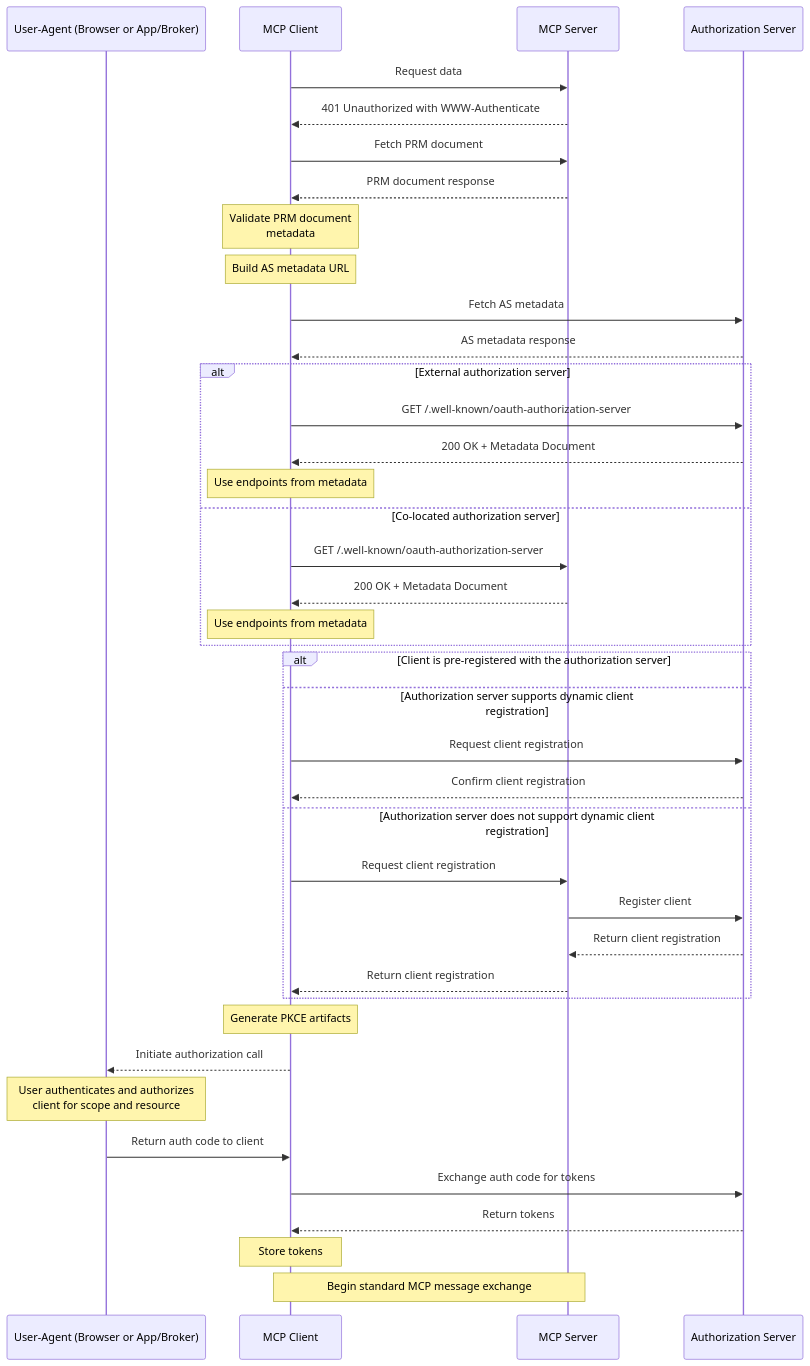
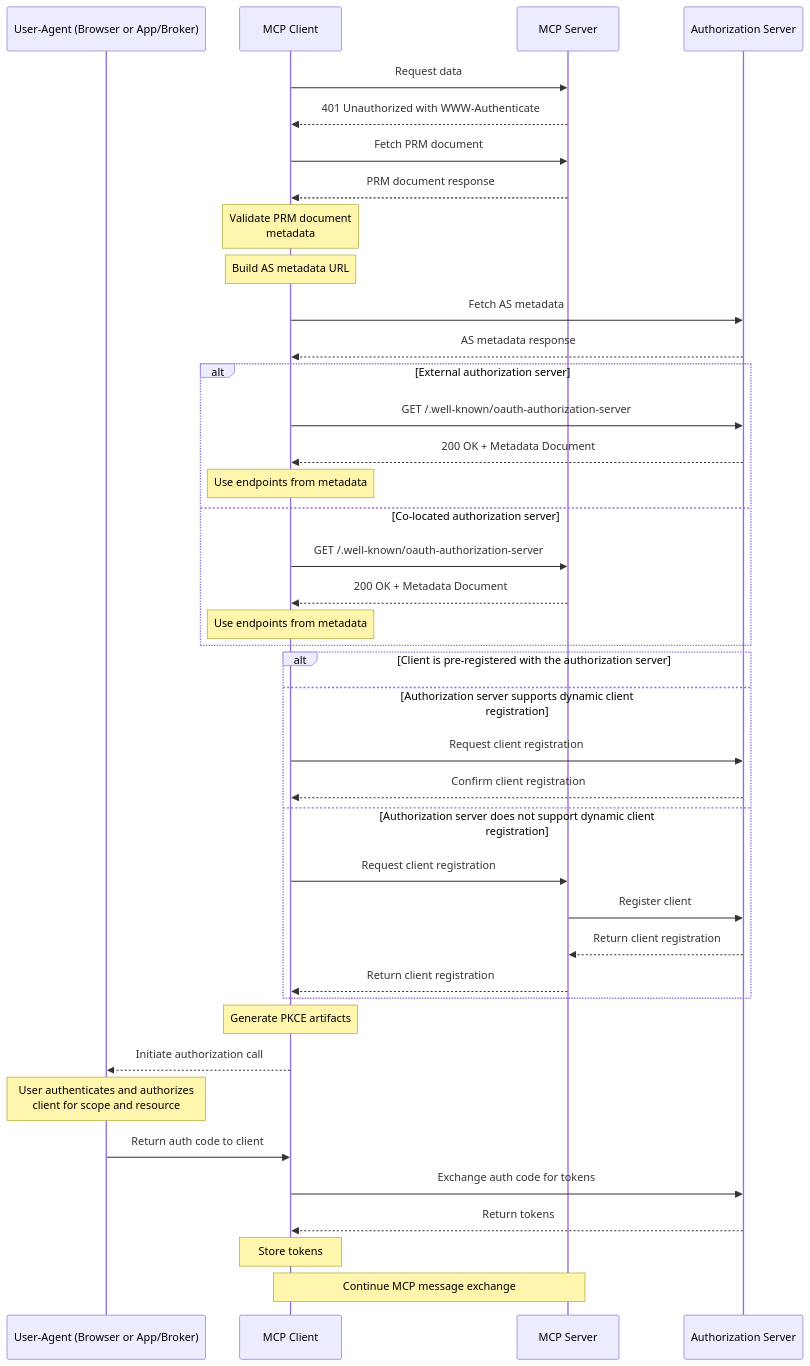
Before and after one commit to modelcontextprotocol/specification: the third of 4 diagrams in docs/specification/2025-03-26/basic/authorization.mdx, drawn with Mermaid.

````diff
--- a/docs/specification/2025-03-26/basic/authorization.mdx
+++ b/docs/specification/2025-03-26/basic/authorization.mdx
@@ -366,47 +366,47 @@
 ```mermaid
 sequenceDiagram
     participant UA as User-Agent (Browser or App/Broker)
     participant MC as MCP Client
     participant MS as MCP Server
     participant AS as Authorization Server
 
     MC->>MS: Request data
     MS-->>MC: 401 Unauthorized with WWW-Authenticate
 
     MC->>MS: Fetch PRM document
     MS-->>MC: PRM document response
     Note over MC: Validate PRM document<br/>metadata
     Note over MC: Build AS metadata URL
     MC->>AS: Fetch AS metadata
     AS-->>MC: AS metadata response
 
     alt External authorization server
         MC->>AS: GET /.well-known/oauth-authorization-server
         AS-->>MC: 200 OK + Metadata Document
         Note over MC: Use endpoints from metadata
     else Co-located authorization server
         MC->>MS: GET /.well-known/oauth-authorization-server
         MS-->>MC: 200 OK + Metadata Document
         Note over MC: Use endpoints from metadata
     end
 
     alt Client is pre-registered with the authorization server
     else Authorization server supports dynamic client registration
         MC->>AS: Request client registration
         AS-->>MC: Confirm client registration
     else Authorization server does not support dynamic client registration
         MC->>MS: Request client registration
         MS->>AS: Register client
         AS-->>MS: Return client registration
         MS-->>MC: Return client registration
     end
 
     Note over MC: Generate PKCE artifacts
     MC-->>UA: Initiate authorization call
     Note over UA: User authenticates and authorizes<br/>client for scope and resource
     UA->>MC: Return auth code to client
     MC->>AS: Exchange auth code for tokens
     AS-->>MC: Return tokens
     Note over MC: Store tokens
-    Note over MC, MS: Begin standard MCP message exchange
+    Note over MC, MS: Continue MCP message exchange
 ```
````
